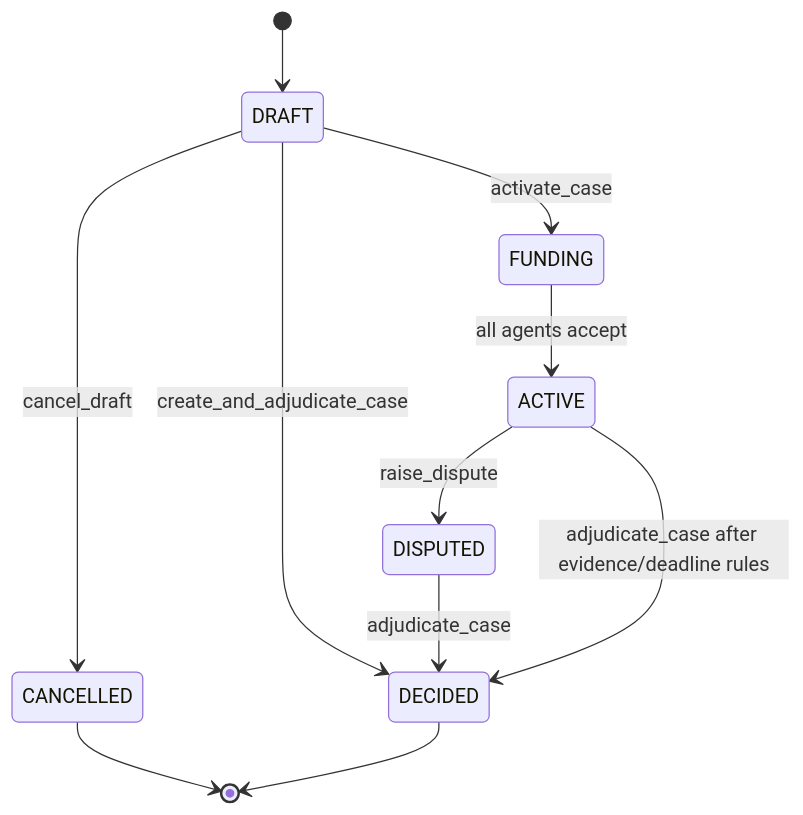
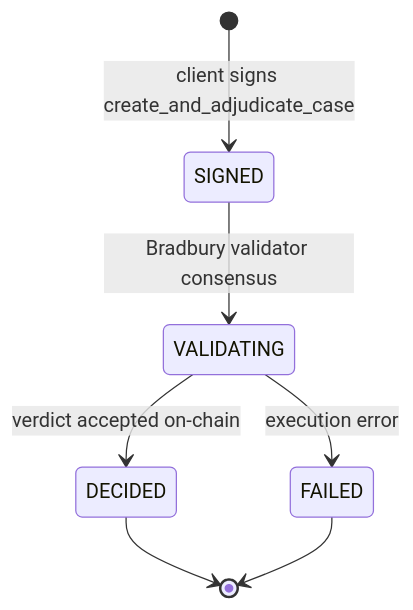
One commit to tanphung/agent-liability changed the second of 2 diagrams in README.md. Above: the diagram before and after it, drawn with Mermaid. The commit also changed other lines of this file and 2 other files, not shown here.

````diff
--- a/README.md
+++ b/README.md
@@ -91,13 +95,9 @@
 ```mermaid
 stateDiagram-v2
-  [*] --> DRAFT
-  DRAFT --> FUNDING: activate_case
-  DRAFT --> CANCELLED: cancel_draft
-  DRAFT --> DECIDED: create_and_adjudicate_case
-  FUNDING --> ACTIVE: all agents accept
-  ACTIVE --> DISPUTED: raise_dispute
-  DISPUTED --> DECIDED: adjudicate_case
-  ACTIVE --> DECIDED: adjudicate_case after evidence/deadline rules
-  CANCELLED --> [*]
+  [*] --> SIGNED: client signs create_and_adjudicate_case
+  SIGNED --> VALIDATING: Bradbury validator consensus
+  VALIDATING --> DECIDED: verdict accepted on-chain
+  VALIDATING --> FAILED: execution error
   DECIDED --> [*]
+  FAILED --> [*]
 ```
````
